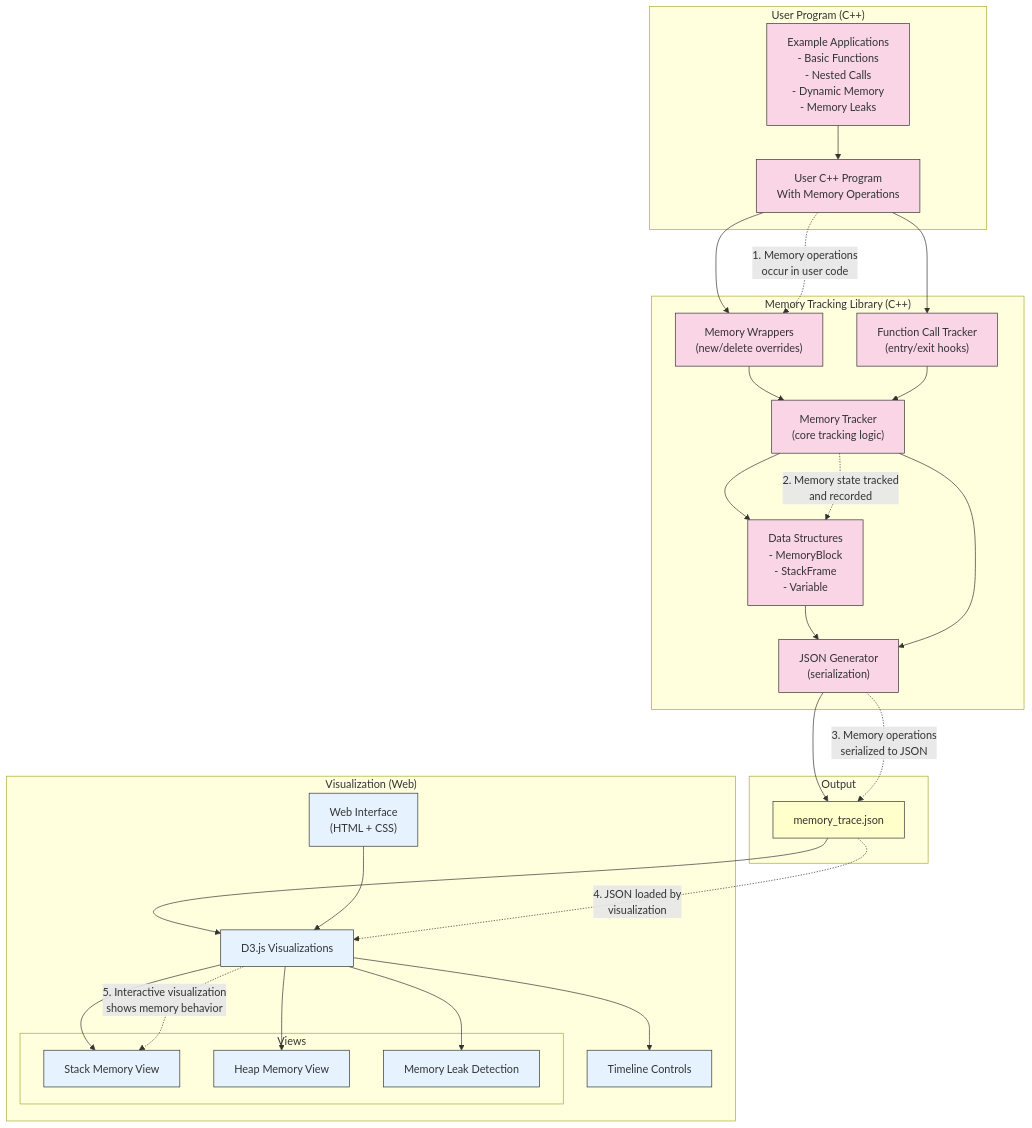
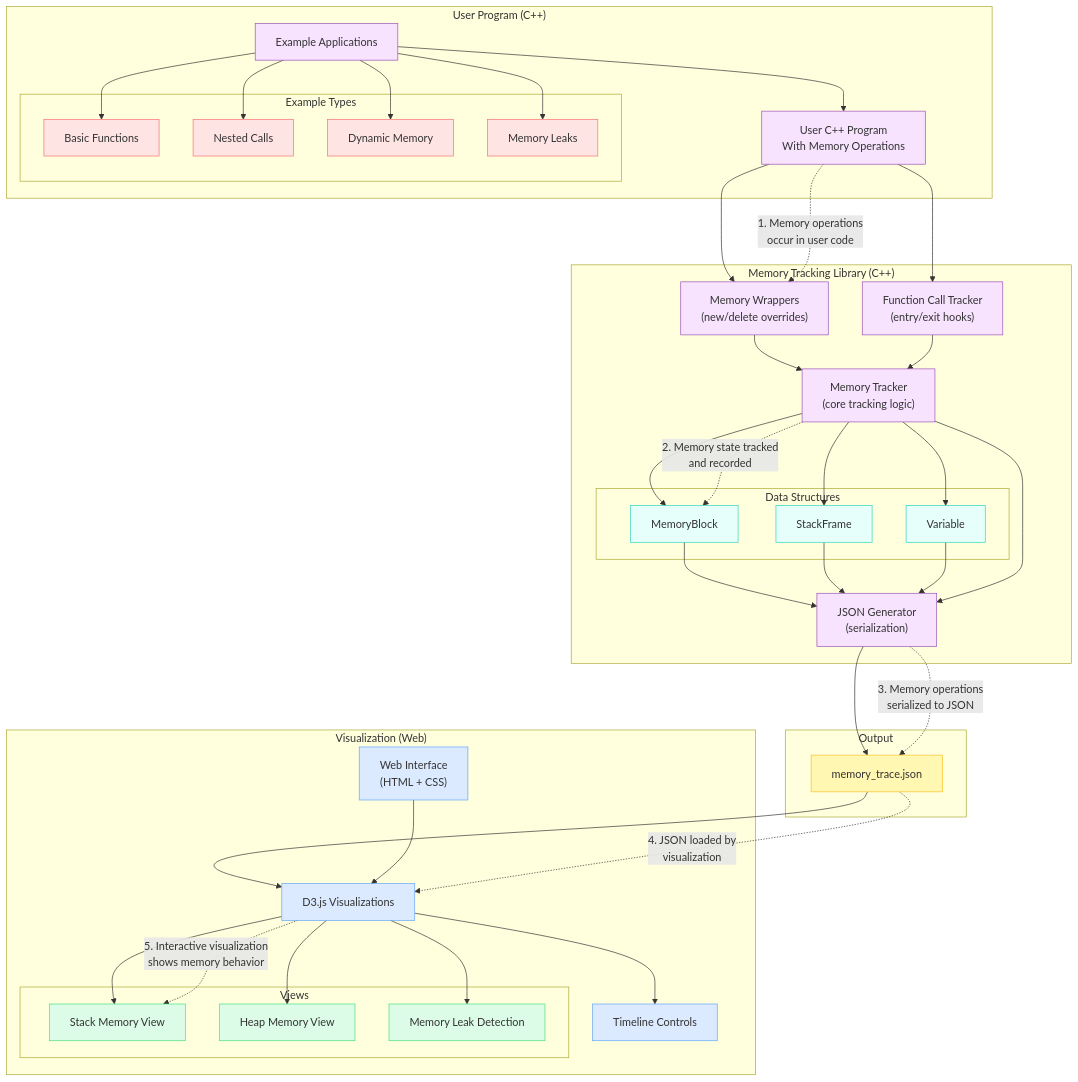
One commit to chrisdeso/Memory-Visualization changed the diagram in architecture.md. Above: the diagram before and after it, drawn with Mermaid.

Commit message:
Updated diagram

```diff
--- a/architecture.md
+++ b/architecture.md
@@ -2,7 +2,19 @@
 flowchart TD
     subgraph "User Program (C++)"
         UserCode["User C++ Program\nWith Memory Operations"]
-        ExampleApps["Example Applications\n- Basic Functions\n- Nested Calls\n- Dynamic Memory\n- Memory Leaks"]
+        ExampleApps["Example Applications"]
+        
+        subgraph "Example Types"
+            Ex1["Basic Functions"]
+            Ex2["Nested Calls"]
+            Ex3["Dynamic Memory"]
+            Ex4["Memory Leaks"]
+        end
+        
+        ExampleApps --> Ex1
+        ExampleApps --> Ex2
+        ExampleApps --> Ex3
+        ExampleApps --> Ex4
     end
 
     subgraph "Memory Tracking Library (C++)"
@@ -11,7 +23,11 @@
         MemTracker["Memory Tracker\n(core tracking logic)"]
         JsonGen["JSON Generator\n(serialization)"]
         
-        DataStructures["Data Structures\n- MemoryBlock\n- StackFrame\n- Variable"]
+        subgraph "Data Structures"
+            DS1["MemoryBlock"]
+            DS2["StackFrame"]
+            DS3["Variable"]
+        end
     end
 
     subgraph "Output"
@@ -37,8 +53,12 @@
     
     MemWrappers --> MemTracker
     FuncTracker --> MemTracker
-    MemTracker --> DataStructures
-    DataStructures --> JsonGen
+    MemTracker --> DS1
+    MemTracker --> DS2
+    MemTracker --> DS3
+    DS1 --> JsonGen
+    DS2 --> JsonGen
+    DS3 --> JsonGen
     MemTracker --> JsonGen
     
     JsonGen --> JsonFile
@@ -51,17 +71,24 @@
     WebUI --> D3
     
     %% Data flow
-    classDef cpp fill:#f9d5e5,stroke:#333,stroke-width:1px
-    classDef data fill:#ffffcc,stroke:#333,stroke-width:1px
-    classDef web fill:#e6f3ff,stroke:#333,stroke-width:1px
+    classDef cpp fill:#f8e3ff,stroke:#9c51b6,stroke-width:1px
+    classDef dataStructure fill:#e6fffa,stroke:#2dd4bf,stroke-width:1px
+    classDef examples fill:#ffe4e4,stroke:#f87171,stroke-width:1px
+    classDef data fill:#fff7b2,stroke:#fbbf24,stroke-width:1px
+    classDef web fill:#dbeafe,stroke:#60a5fa,stroke-width:1px
+    classDef views fill:#dcfce7,stroke:#4ade80,stroke-width:1px
     
-    class UserCode,ExampleApps,MemWrappers,FuncTracker,MemTracker,JsonGen,DataStructures cpp
+    class UserCode,ExampleApps cpp
+    class MemWrappers,FuncTracker,MemTracker,JsonGen cpp
+    class DS1,DS2,DS3 dataStructure
+    class Ex1,Ex2,Ex3,Ex4 examples
     class JsonFile data
-    class WebUI,D3,TimelineControls,StackView,HeapView,LeakDetector web
+    class WebUI,D3,TimelineControls web
+    class StackView,HeapView,LeakDetector views
 
     %% Labels for process flow
     UserCode -.-> |"1. Memory operations\noccur in user code"| MemWrappers
-    MemTracker -.-> |"2. Memory state tracked\nand recorded"| DataStructures
+    MemTracker -.-> |"2. Memory state tracked\nand recorded"| DS1
     JsonGen -.-> |"3. Memory operations\nserialized to JSON"| JsonFile
     JsonFile -.-> |"4. JSON loaded by\nvisualization"| D3
     D3 -.-> |"5. Interactive visualization\nshows memory behavior"| StackView
```
